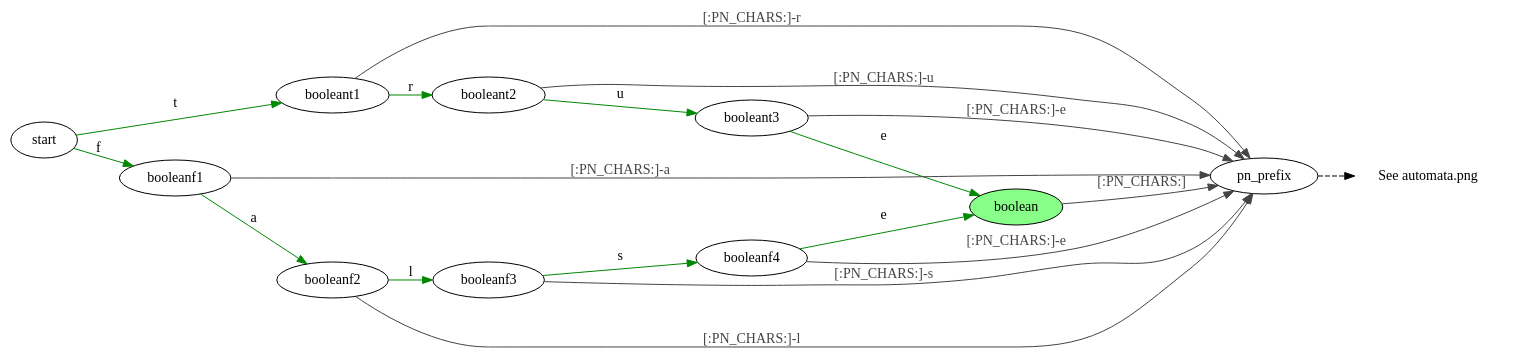
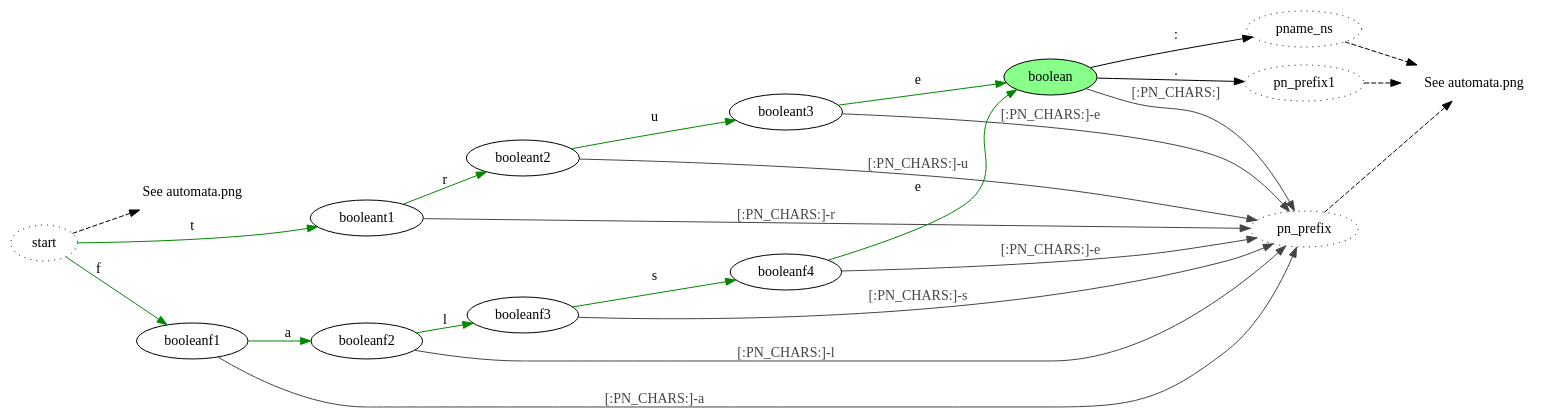
The diagram in design/boolean.dot (cnngimenez/SeA-turtle), drawn with Graphviz before and after one commit. The commit also changed 3 other files, not shown here.

Commit message:
Automata design: fixing automata.dot and boolean.dot.

```diff
--- a/design/boolean.dot
+++ b/design/boolean.dot
@@ -1,56 +1,69 @@
 // boolean.dot
 
 // Copyright 2020 cnngimenez
 
 // Author: cnngimenez
 
 // This program is free software: you can redistribute it and/or modify
 // it under the terms of the GNU General Public License as published by
 // the Free Software Foundation, either version 3 of the License, or
 // (at your option) any later version.
 
 // This program is distributed in the hope that it will be useful,
 // but WITHOUT ANY WARRANTY; without even the implied warranty of
 // MERCHANTABILITY or FITNESS FOR A PARTICULAR PURPOSE.  See the
 // GNU General Public License for more details.
 
 // You should have received a copy of the GNU General Public License
 // along with this program.  If not, see <http://www.gnu.org/licenses/>.
 
 digraph booleans {
         // rotate=90;
         rankdir=LR;
         node [];
 
         boolean [style=filled, fillcolor="#88ff88"];
         see_automata_png [shape=plaintext, label="See automata.png"];
+        see_automata_png2 [shape=plaintext, label="See automata.png"];	
+	start [style=dotted];
+	pname_ns [style=dotted];
+	pn_prefix1 [style=dotted];
+	pn_prefix [style=dotted];
 
+	start -> see_automata_png2 [style=dashed];
+	
         start -> booleant1 [label="t", color="#008800"];
         booleant1 -> pn_prefix [label="[:PN_CHARS:]-r",
           color="#444444", fontcolor="#444444"];
         booleant1 -> booleant2 [label="r", color="#008800"];
         booleant2 -> pn_prefix [label="[:PN_CHARS:]-u",
           color="#444444", fontcolor="#444444"];
         booleant2 -> booleant3 [label="u", color="#008800"];
         booleant3 -> pn_prefix [label="[:PN_CHARS:]-e"
           color="#444444", fontcolor="#444444"];         
         booleant3 -> boolean [label="e", color="#008800"];
         boolean -> pn_prefix [label="[:PN_CHARS:]",
           color="#444444", fontcolor="#444444"];
 
         start -> booleanf1 [label="f", color="#008800"];
         booleanf1 -> pn_prefix [label="[:PN_CHARS:]-a",
           color="#444444", fontcolor="#444444"];
         booleanf1 -> booleanf2 [label="a", color="#008800"];
         booleanf2 -> pn_prefix [label="[:PN_CHARS:]-l",
           color="#444444", fontcolor="#444444"];
         booleanf2 -> booleanf3 [label="l", color="#008800"];
         booleanf3 -> pn_prefix [label="[:PN_CHARS:]-s",
           color="#444444", fontcolor="#444444"];
         booleanf3 -> booleanf4 [label="s", color="#008800"];
         booleanf4 -> pn_prefix [label="[:PN_CHARS:]-e",
           color="#444444", fontcolor="#444444"];
         booleanf4 -> boolean [label="e", color="#008800"];
 
+	boolean -> pn_prefix1 [label="."];
+	boolean -> pname_ns [label=":"];
+	
         pn_prefix -> see_automata_png [style=dashed];
+	pn_prefix1 -> see_automata_png [style=dashed];
+	pname_ns -> see_automata_png [style=dashed];
+
 }
```
